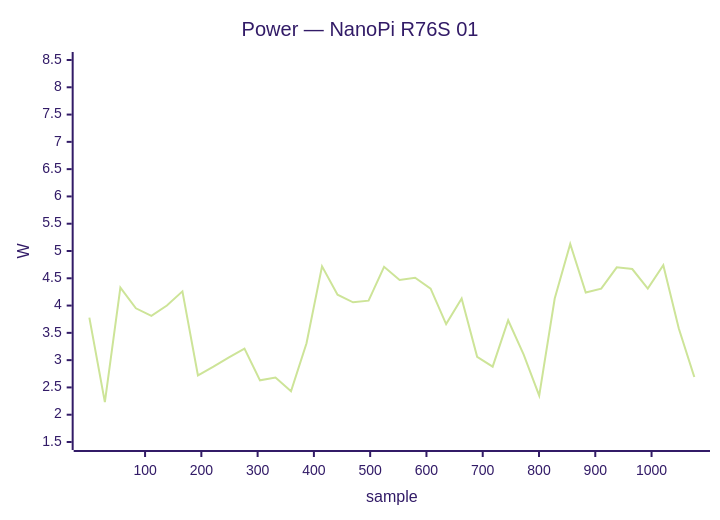
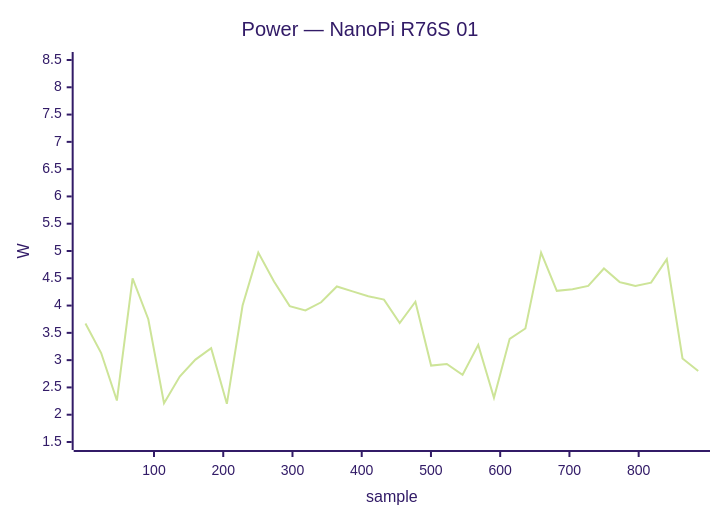
Before and after one commit to armbian/documentation: diagram 22 of 34 in docs/status/board-tests.md, drawn with Mermaid (forest theme). The commit also changed other lines of this file, not shown here.

````diff
--- a/docs/status/board-tests.md
+++ b/docs/status/board-tests.md
@@ -1648,7 +1052,7 @@
 ```mermaid
 xychart-beta
     title "Power — NanoPi R76S 01"
-    x-axis "sample" 1 --> 1076
+    x-axis "sample" 1 --> 886
     y-axis "W" 1.5 --> 8.5
-    line [3.78, 2.23, 4.33, 3.95, 3.81, 4.00, 4.26, 2.72, 2.88, 3.05, 3.21, 2.63, 2.68, 2.43, 3.31, 4.72, 4.20, 4.06, 4.09, 4.71, 4.47, 4.51, 4.31, 3.66, 4.13, 3.06, 2.88, 3.73, 3.10, 2.35, 4.13, 5.13, 4.24, 4.31, 4.70, 4.67, 4.31, 4.74, 3.58, 2.69]
+    line [3.67, 3.13, 2.26, 4.50, 3.75, 2.21, 2.70, 3.01, 3.22, 2.20, 4.00, 4.97, 4.44, 3.99, 3.91, 4.06, 4.35, 4.26, 4.17, 4.11, 3.68, 4.07, 2.90, 2.93, 2.73, 3.28, 2.31, 3.39, 3.58, 4.97, 4.27, 4.30, 4.36, 4.68, 4.43, 4.36, 4.42, 4.85, 3.03, 2.80]
 ```
````
